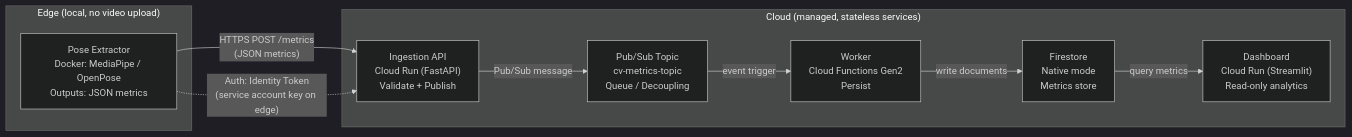
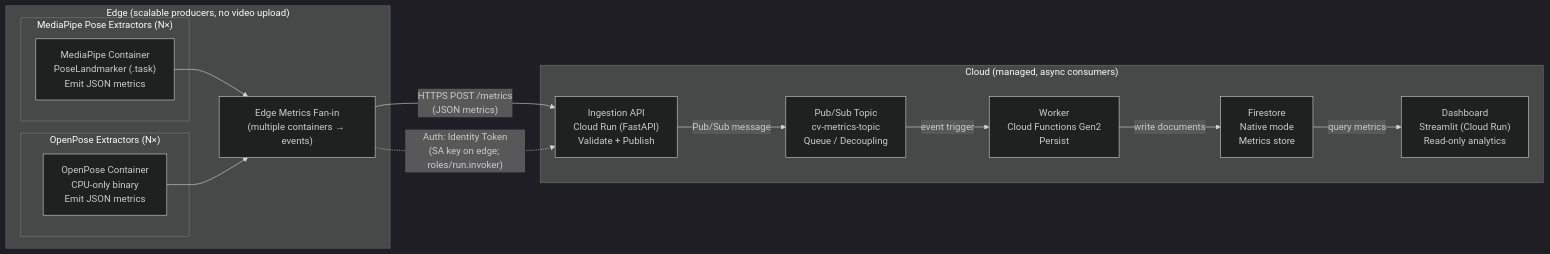
Before and after one commit to chri-gassner/CLC_Group_Project: the diagram in README_V2.md, drawn with Mermaid (dark theme). The commit also changed other lines of this file, not shown here.

Commit message:
Revise architecture diagram in README_V2.md
Updated the architecture diagram to reflect changes in edge and cloud components.

````diff
--- a/README_V2.md
+++ b/README_V2.md
@@ -61,22 +61,33 @@
 ```mermaid
 flowchart LR
-  subgraph EDGE["Edge (local, no video upload)"]
-    A["Pose Extractor<br/>Docker: MediaPipe / OpenPose<br/>Outputs: JSON metrics"]
+  subgraph EDGE["Edge (scalable producers, no video upload)"]
+    subgraph MP["MediaPipe Pose Extractors (N×)"]
+      MP1["MediaPipe Container<br/>PoseLandmarker (.task)<br/>Emit JSON metrics"]
+    end
+
+    subgraph OP["OpenPose Extractors (N×)"]
+      OP1["OpenPose Container<br/>CPU-only binary<br/>Emit JSON metrics"]
+    end
+
+    X["Edge Metrics Fan-in<br/>(multiple containers → events)"]
+
+    MP1 --> X
+    OP1 --> X
   end
 
-  subgraph CLOUD["Cloud (managed, stateless services)"]
+  subgraph CLOUD["Cloud (managed, async consumers)"]
     B["Ingestion API<br/>Cloud Run (FastAPI)<br/>Validate + Publish"]
     C["Pub/Sub Topic<br/>cv-metrics-topic<br/>Queue / Decoupling"]
     D["Worker<br/>Cloud Functions Gen2<br/>Persist"]
     E["Firestore<br/>Native mode<br/>Metrics store"]
-    F["Dashboard<br/>Cloud Run (Streamlit)<br/>Read-only analytics"]
+    F["Dashboard<br/>Streamlit (Cloud Run)<br/>Read-only analytics"]
   end
 
-  A -->|"HTTPS POST /metrics<br/>(JSON metrics)"| B
+  X -->|"HTTPS POST /metrics<br/>(JSON metrics)"| B
   B -->|"Pub/Sub message"| C
   C -->|"event trigger"| D
   D -->|"write documents"| E
   E -->|"query metrics"| F
 
-  A -.->|"Auth: Identity Token<br/>(service account key on edge)"| B
+  X -.->|"Auth: Identity Token<br/>(SA key on edge; roles/run.invoker)"| B
 ```
````
